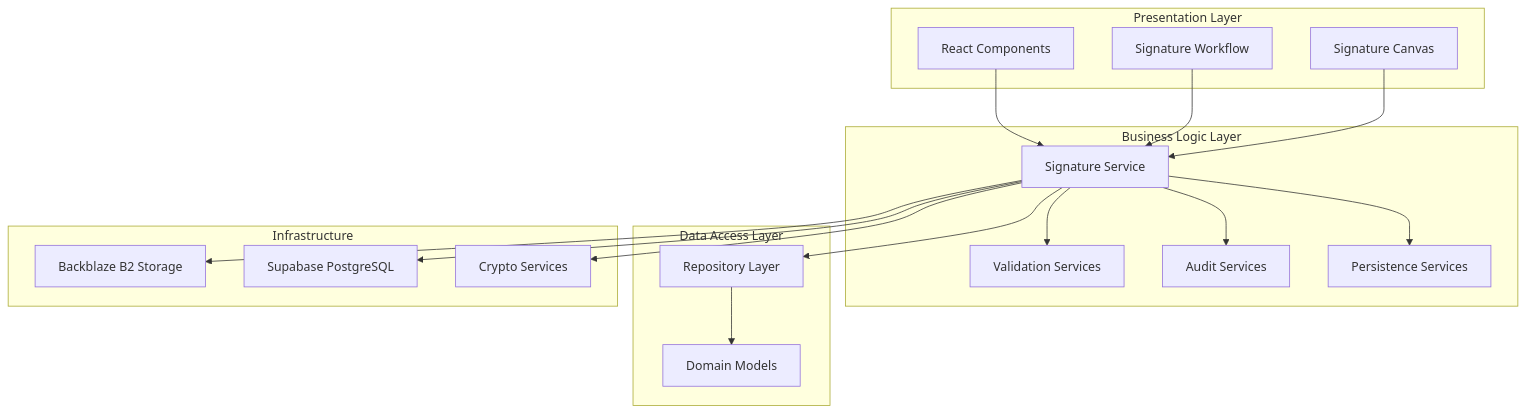
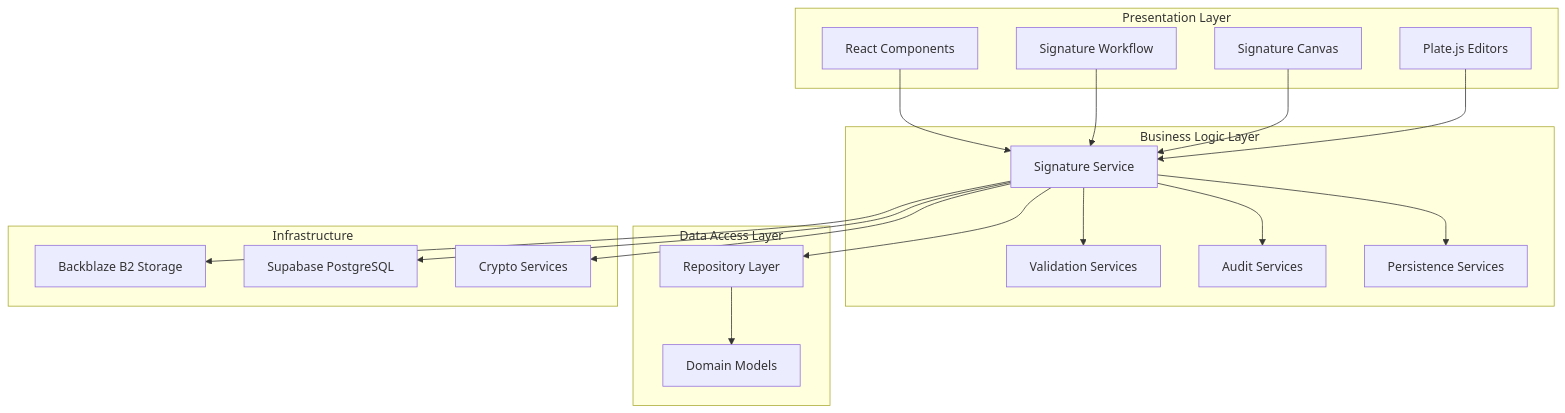
Before and after one commit to SinesysTech/zattar-os: the first of 12 diagrams in .qoder/repowiki/en/content/Document Management and AI Editor/Digital Signature Workflows.md, drawn with Mermaid. The commit also changed other lines of this file and 12 other files, not shown here.

````diff
--- a/.qoder/repowiki/en/content/Document Management and AI Editor/Digital Signature Workflows.md
+++ b/.qoder/repowiki/en/content/Document Management and AI Editor/Digital Signature Workflows.md
@@ -48,34 +69,36 @@
 ```mermaid
 graph TB
 subgraph "Presentation Layer"
 UI[React Components]
 Workflow[Signature Workflow]
 Canvas[Signature Canvas]
+Editor[Plate.js Editors]
 end
 subgraph "Business Logic Layer"
 Service[Signature Service]
 Validation[Validation Services]
 Audit[Audit Services]
 Persistence[Persistence Services]
 end
 subgraph "Data Access Layer"
 Repository[Repository Layer]
 Domain[Domain Models]
 end
 subgraph "Infrastructure"
 Storage[Backblaze B2 Storage]
 Database[Supabase PostgreSQL]
 Crypto[Crypto Services]
 end
 UI --> Service
 Workflow --> Service
 Canvas --> Service
+Editor --> Service
 Service --> Validation
 Service --> Audit
 Service --> Persistence
 Service --> Repository
 Repository --> Domain
 Service --> Storage
 Service --> Database
 Service --> Crypto
 ```
````
